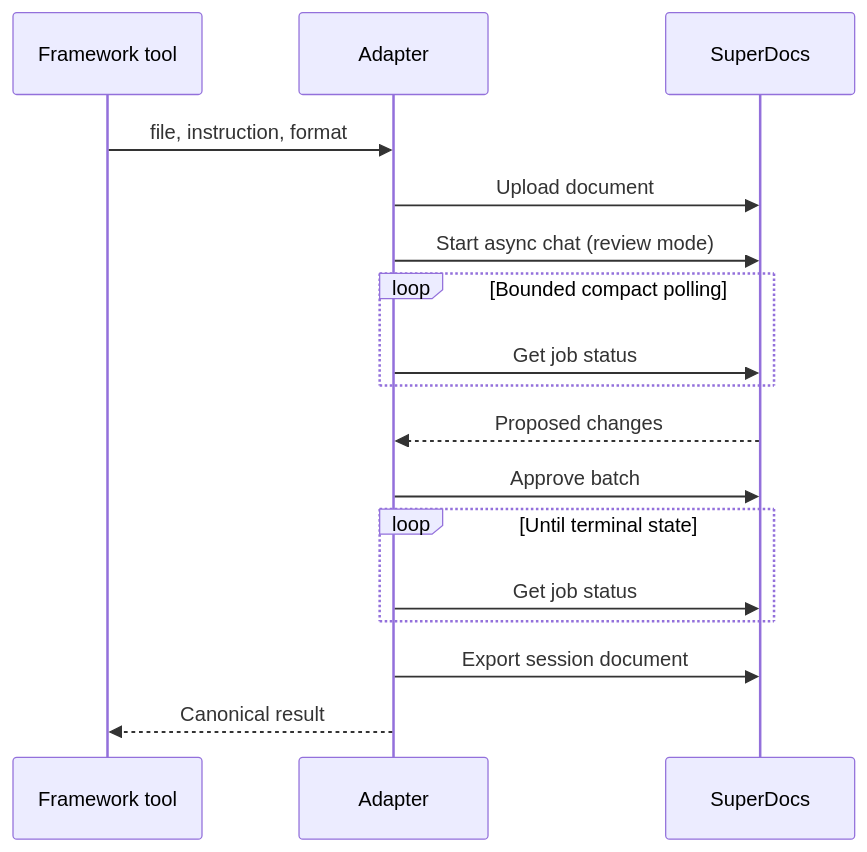
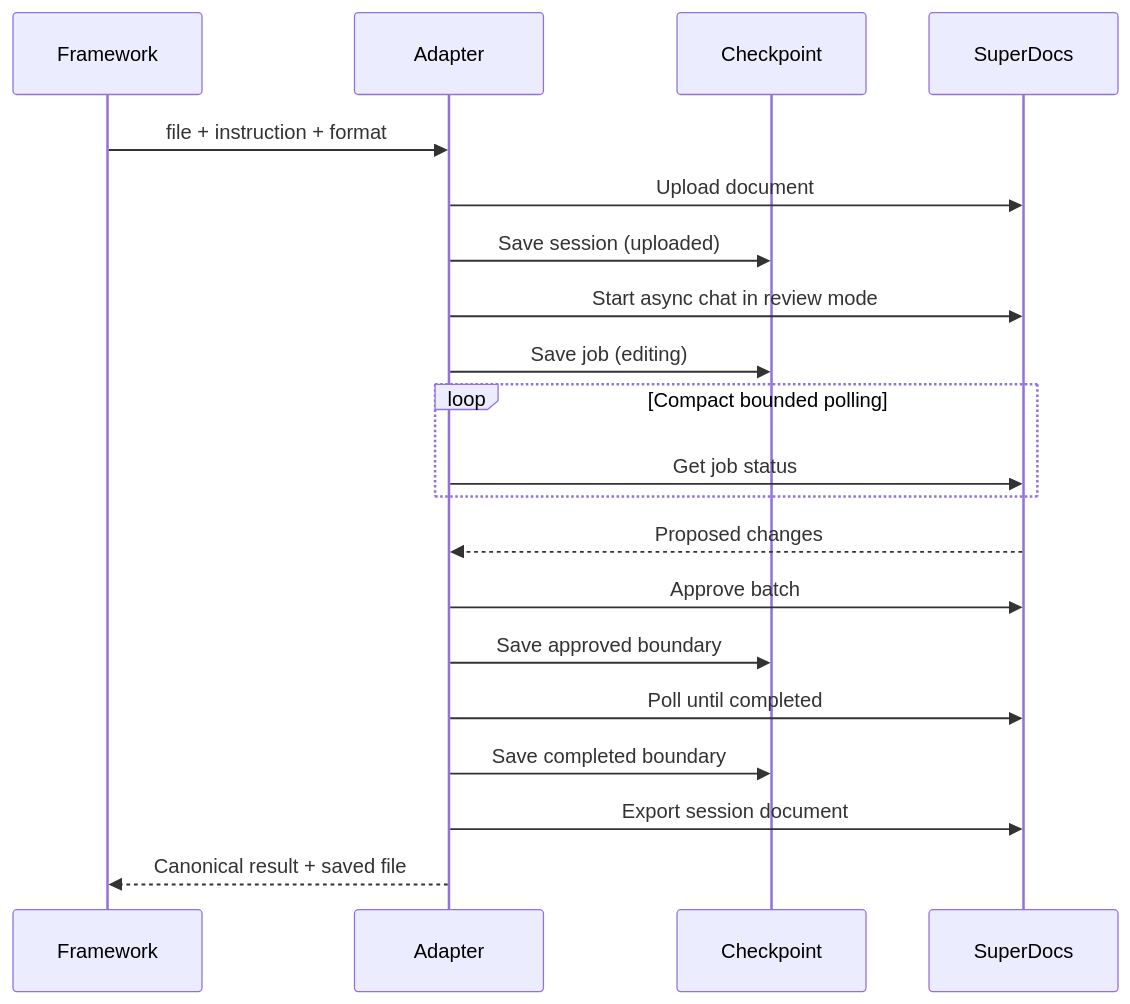
One commit to superdocsapp/superdocs-builds changed the first of 3 diagrams in extensions/vrutansh/superdocs-agent-adapter/docs/architecture.md. Above: the diagram before and after it, drawn with Mermaid. The commit also changed other lines of this file and 35 other files, not shown here.

````diff
--- a/extensions/vrutansh/superdocs-agent-adapter/docs/architecture.md
+++ b/extensions/vrutansh/superdocs-agent-adapter/docs/architecture.md
@@ -20,19 +25,22 @@
 ```mermaid
 sequenceDiagram
-    participant F as Framework tool
+    participant F as Framework
     participant A as Adapter
+    participant K as Checkpoint
     participant S as SuperDocs
-    F->>A: file, instruction, format
+    F->>A: file + instruction + format
     A->>S: Upload document
-    A->>S: Start async chat (review mode)
-    loop Bounded compact polling
+    A->>K: Save session (uploaded)
+    A->>S: Start async chat in review mode
+    A->>K: Save job (editing)
+    loop Compact bounded polling
         A->>S: Get job status
     end
     S-->>A: Proposed changes
     A->>S: Approve batch
-    loop Until terminal state
-        A->>S: Get job status
-    end
+    A->>K: Save approved boundary
+    A->>S: Poll until completed
+    A->>K: Save completed boundary
     A->>S: Export session document
-    A-->>F: Canonical result
+    A-->>F: Canonical result + saved file
 ```
````
